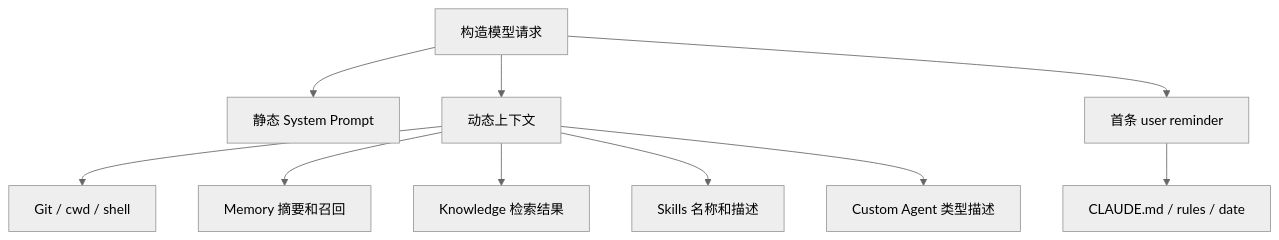
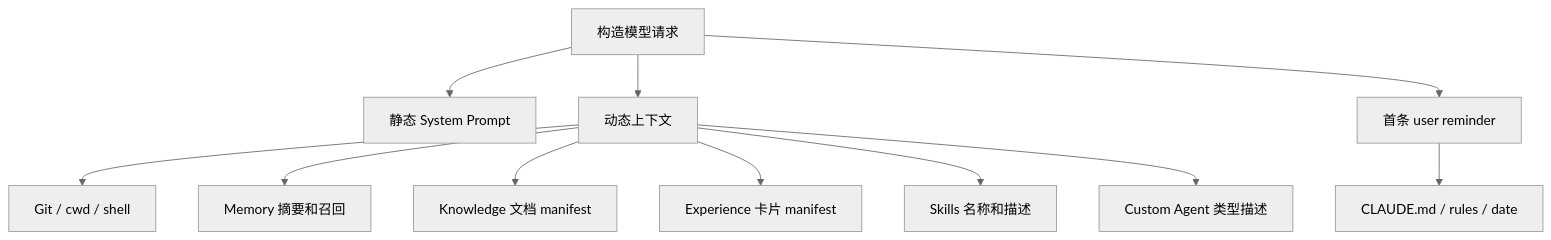
Before and after one commit to 8utterf1y/final: the third of 10 diagrams in StudyDocs/00-整体架构串联.md, drawn with Mermaid (neutral theme). The commit also changed other lines of this file and 16 other files, not shown here.

````diff
--- a/StudyDocs/00-整体架构串联.md
+++ b/StudyDocs/00-整体架构串联.md
@@ -67,12 +67,13 @@
 ```mermaid
 flowchart TD
     A["构造模型请求"] --> B["静态 System Prompt"]
     A --> C["动态上下文"]
     A --> D["首条 user reminder"]
     C --> E["Git / cwd / shell"]
     C --> F["Memory 摘要和召回"]
-    C --> G["Knowledge 检索结果"]
-    C --> H["Skills 名称和描述"]
-    C --> I["Custom Agent 类型描述"]
+    C --> G["Knowledge 文档 manifest"]
+    C --> H["Experience 卡片 manifest"]
+    C --> I["Skills 名称和描述"]
+    C --> K["Custom Agent 类型描述"]
     D --> J["CLAUDE.md / rules / date"]
 ```
````
